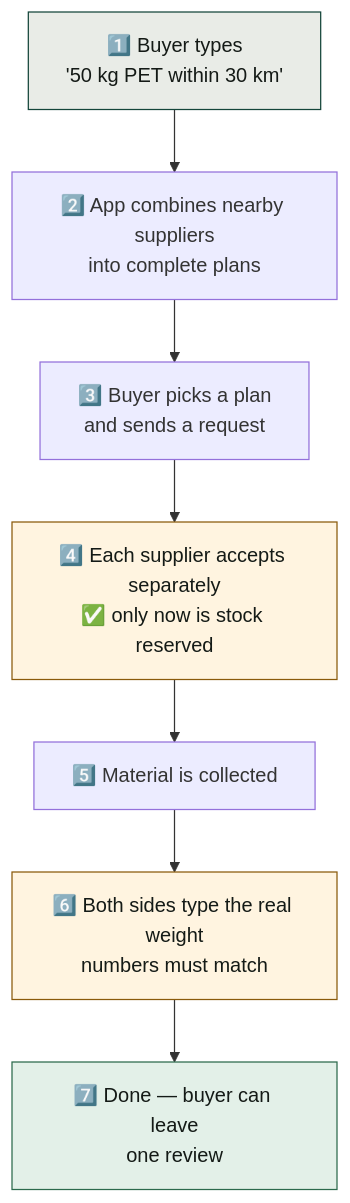
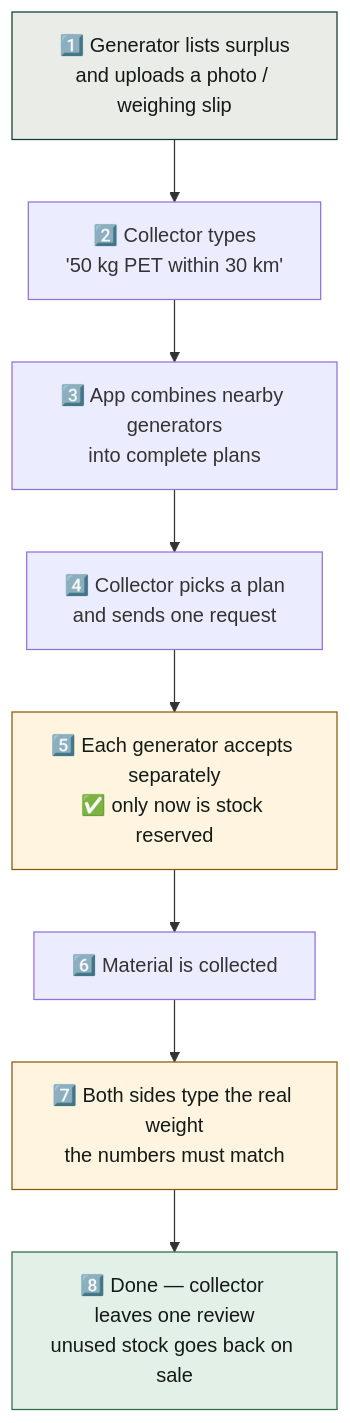
Before and after one commit to Dhruvil1308/MaterialSetu-for-HackOut-26: the second of 5 diagrams in README.md, drawn with Mermaid. The commit also changed other lines of this file and 19 other files, not shown here.

````diff
--- a/README.md
+++ b/README.md
@@ -125,14 +195,15 @@
 ```mermaid
 flowchart TD
-    A["1️⃣ Buyer types<br/>'50 kg PET within 30 km'"] --> B["2️⃣ App combines nearby suppliers<br/>into complete plans"]
-    B --> C["3️⃣ Buyer picks a plan<br/>and sends a request"]
-    C --> D["4️⃣ Each supplier accepts separately<br/>✅ only now is stock reserved"]
-    D --> E["5️⃣ Material is collected"]
-    E --> F["6️⃣ Both sides type the real weight<br/>numbers must match"]
-    F --> G["7️⃣ Done — buyer can leave<br/>one review"]
+    A["1️⃣ Generator lists surplus<br/>and uploads a photo / weighing slip"] --> B["2️⃣ Collector types<br/>'50 kg PET within 30 km'"]
+    B --> C["3️⃣ App combines nearby generators<br/>into complete plans"]
+    C --> D["4️⃣ Collector picks a plan<br/>and sends one request"]
+    D --> E["5️⃣ Each generator accepts separately<br/>✅ only now is stock reserved"]
+    E --> F["6️⃣ Material is collected"]
+    F --> G["7️⃣ Both sides type the real weight<br/>the numbers must match"]
+    G --> H["8️⃣ Done — collector leaves one review<br/>unused stock goes back on sale"]
 
-    style A fill:#e9ece7,stroke:#14453a,color:#141a16
-    style D fill:#fff4e0,stroke:#8a5a0b,color:#141a16
-    style F fill:#fff4e0,stroke:#8a5a0b,color:#141a16
-    style G fill:#e3f0e8,stroke:#2c6a4c,color:#141a16
+    style A fill:#e9ece7,stroke:#0f3d31,color:#141a16
+    style E fill:#fff4e0,stroke:#8a5a0b,color:#141a16
+    style G fill:#fff4e0,stroke:#8a5a0b,color:#141a16
+    style H fill:#e3f0e8,stroke:#2c6a4c,color:#141a16
 ```
````
